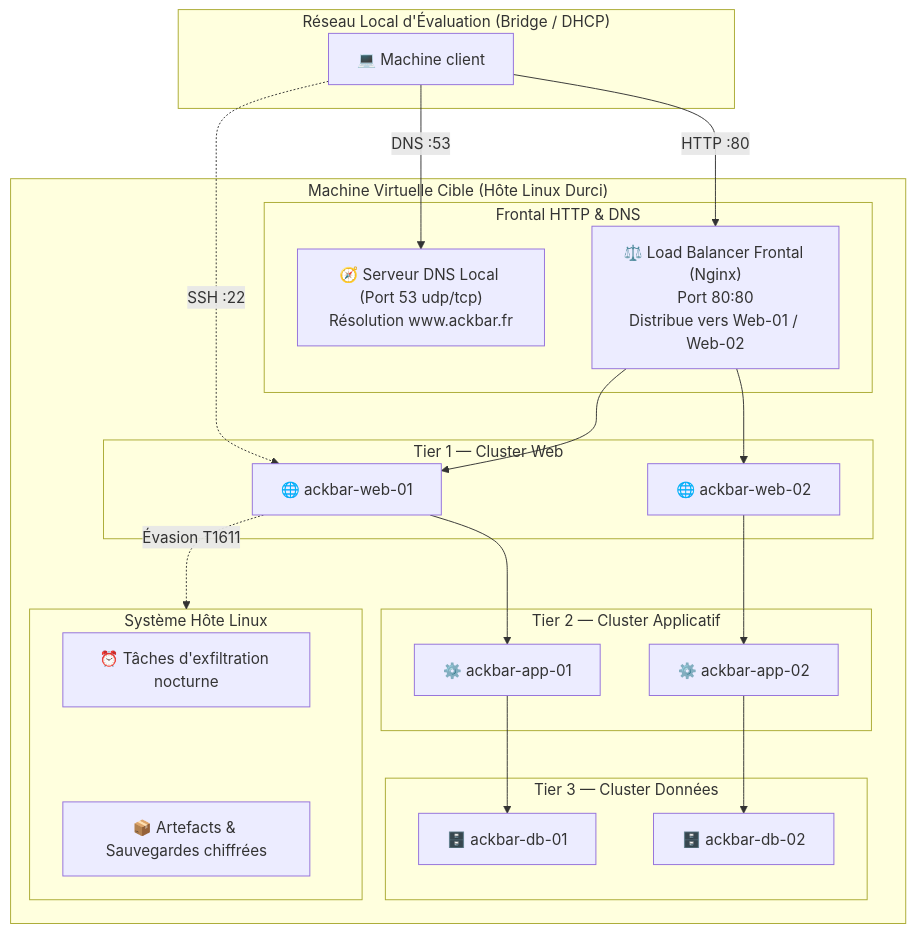
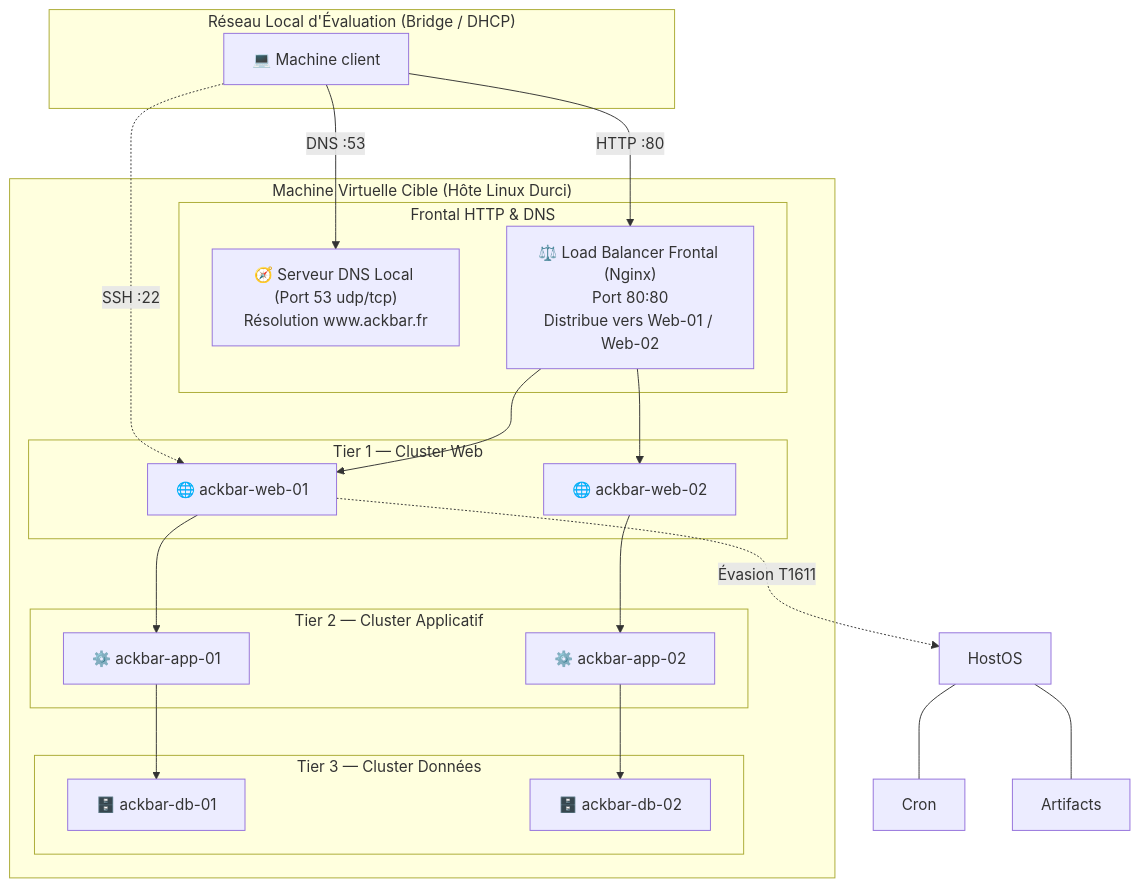
Before and after one commit to Belkoruh/wargame: the diagram in README.md, drawn with Mermaid.

````diff
--- a/README.md
+++ b/README.md
@@ -54,46 +54,41 @@
 ```mermaid
 flowchart TD
     subgraph LAN["Réseau Local d'Évaluation (Bridge / DHCP)"]
         Attacker["💻 Machine client"]
     end
 
     subgraph TargetVM["Machine Virtuelle Cible (Hôte Linux Durci)"]
         subgraph Frontal["Frontal HTTP & DNS"]
             DNS["🧭 Serveur DNS Local (Port 53 udp/tcp)<br/>Résolution www.ackbar.fr"]
             LB["⚖️ Load Balancer Frontal (Nginx)<br/>Port 80:80<br/>Distribue vers Web-01 / Web-02"]
         end
 
         subgraph Tier1["Tier 1 — Cluster Web"]
             Web1["🌐 ackbar-web-01<br/>"]
             Web2["🌐 ackbar-web-02<br/>"]
         end
 
         subgraph Tier2["Tier 2 — Cluster Applicatif"]
             App1["⚙️ ackbar-app-01"]
             App2["⚙️ ackbar-app-02"]
         end
 
         subgraph Tier3["Tier 3 — Cluster Données"]
             DB1["🗄️ ackbar-db-01"]
             DB2["🗄️ ackbar-db-02"]
         end
-
-        subgraph HostOS["Système Hôte Linux"]
-            Cron["⏰ Tâches d'exfiltration nocturne"]
-            Artifacts["📦 Artefacts & Sauvegardes chiffrées"]
-        end
     end
 
     Attacker -->|HTTP :80| LB
     Attacker -->|DNS :53| DNS
     Attacker -.->|SSH :22| Web1
     LB --> Web1
     LB --> Web2
     Web1 --> App1
     Web2 --> App2
     App1 --> DB1
     App2 --> DB2
     Web1 -.->|Évasion T1611| HostOS
     HostOS --- Cron
     HostOS --- Artifacts
 ```
````
